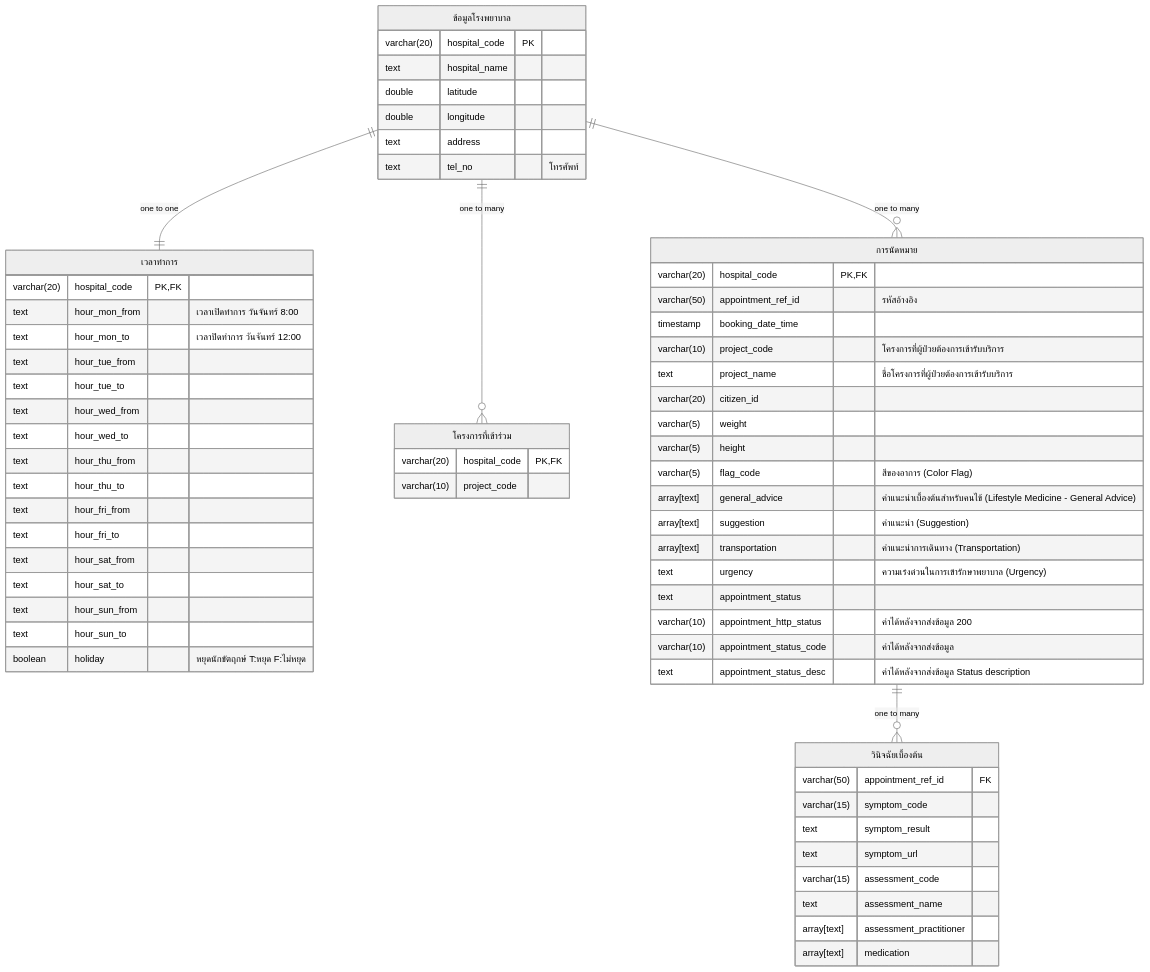
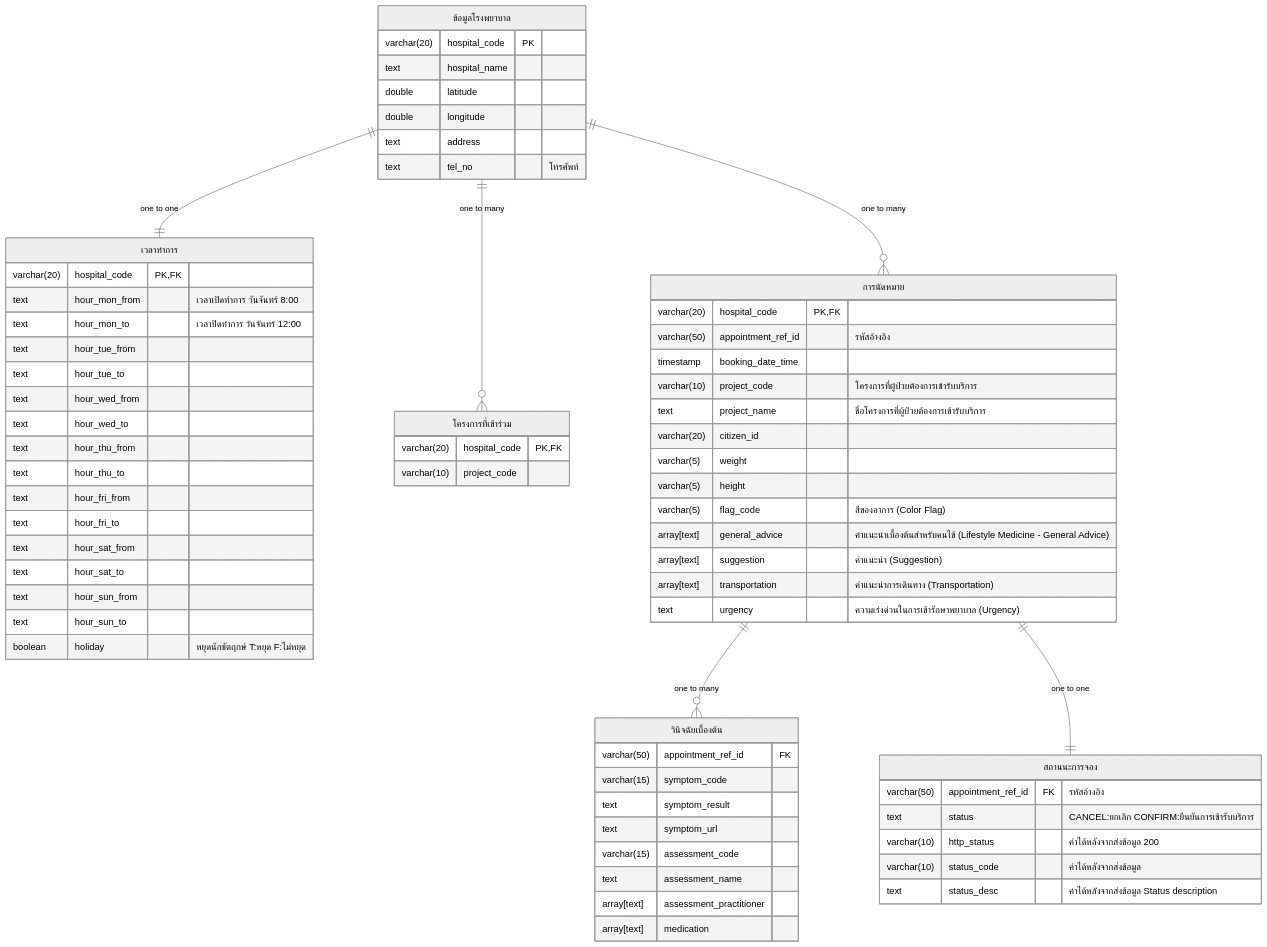
One commit to lionants02/public changed the first of 2 diagrams in ktb-amed/entity/README.md. Above: the diagram before and after it, drawn with Mermaid (neutral theme).

Commit message:
update er

````diff
--- a/ktb-amed/entity/README.md
+++ b/ktb-amed/entity/README.md
@@ -2,82 +2,78 @@
 ```mermaid
 erDiagram
-    hospital["ข้อมูลโรงพยาบาล"]
-    business_hours["เวลาทำการ"]
-    business_project_code["โครงการที่เข้าร่วม"]
-    appointment["การนัดหมาย"]
-
     hospital one to one business_hours: "one to one"
     hospital one to many business_project_code :"one to many"
     hospital one to many appointment :"one to many"
     appointment one to many appointment_possible_diagnosist:"one to many"
+    appointment one to one appointment_response_status:"one to one"
 
-
-
-    hospital{
+    hospital["ข้อมูลโรงพยาบาล"]{
         varchar(20) hospital_code PK
         text hospital_name
         double latitude
         double longitude
         text address
         text tel_no "โทรศัพท์"
     }
 
-    business_project_code{
+    business_project_code["โครงการที่เข้าร่วม"]{
         varchar(20) hospital_code PK,FK
         varchar(10) project_code
     }
 
-    business_hours{
+    business_hours["เวลาทำการ"]{
         varchar(20) hospital_code PK,FK
         text hour_mon_from "เวลาเปิดทำการ วันจันทร์ 8:00"
         text hour_mon_to "เวลาปิดทำการ วันจันทร์ 12:00"
         text hour_tue_from
         text hour_tue_to
         text hour_wed_from
         text hour_wed_to
         text hour_thu_from
         text hour_thu_to
         text hour_fri_from
         text hour_fri_to
         text hour_sat_from
         text hour_sat_to
         text hour_sun_from
         text hour_sun_to
         boolean holiday "หยุดนักขัตฤกษ์ T:หยุด F:ไม่หยุด"
     }
-    appointment{
+
+    appointment["การนัดหมาย"]{
         varchar(20) hospital_code PK,FK
         varchar(50) appointment_ref_id "รหัสอ้างอิง"
         timestamp booking_date_time
         varchar(10) project_code "โครงการที่ผู้ป่วยต้องการเข้ารับบริการ"
         text project_name "ชื่อโครงการที่ผู้ป่วยต้องการเข้ารับบริการ"
         varchar(20) citizen_id
         varchar(5) weight
         varchar(5) height
         varchar(5) flag_code "สีของอาการ (Color Flag)
 "
         array[text] general_advice "คำแนะนำเบื้องต้นสำหรับคนไข้ (Lifestyle Medicine - General Advice)"
         array[text] suggestion "คำแนะนำ (Suggestion)"
         array[text] transportation "คำแนะนำการเดินทาง (Transportation)"
         text urgency "ความเร่งด่วนในการเข้ารักษาพยาบาล (Urgency)"
-
-        text appointment_status
-        varchar(10) appointment_http_status "ค่าได้หลังจากส่งข้อมูล 200"
-        varchar(10) appointment_status_code "ค่าได้หลังจากส่งข้อมูล"
-        text appointment_status_desc "ค่าได้หลังจากส่งข้อมูล Status description"
-
     }
 
     appointment_possible_diagnosist["วินิจฉัยเบื้องต้น"]{
         varchar(50) appointment_ref_id FK
         varchar(15) symptom_code
         text symptom_result
         text symptom_url
         varchar(15) assessment_code
         text assessment_name
 
         array[text] assessment_practitioner
         array[text] medication
     }
-    
+
+    appointment_response_status["สถานนะการจอง"]{
+        varchar(50) appointment_ref_id FK "รหัสอ้างอิง"
+        text status "CANCEL:ยกเลิก CONFIRM:ยืนยันการเข้ารับบริการ"
+        varchar(10) http_status "ค่าได้หลังจากส่งข้อมูล 200"
+        varchar(10) status_code "ค่าได้หลังจากส่งข้อมูล"
+        text status_desc "ค่าได้หลังจากส่งข้อมูล Status description"
+    }
 ```
````
